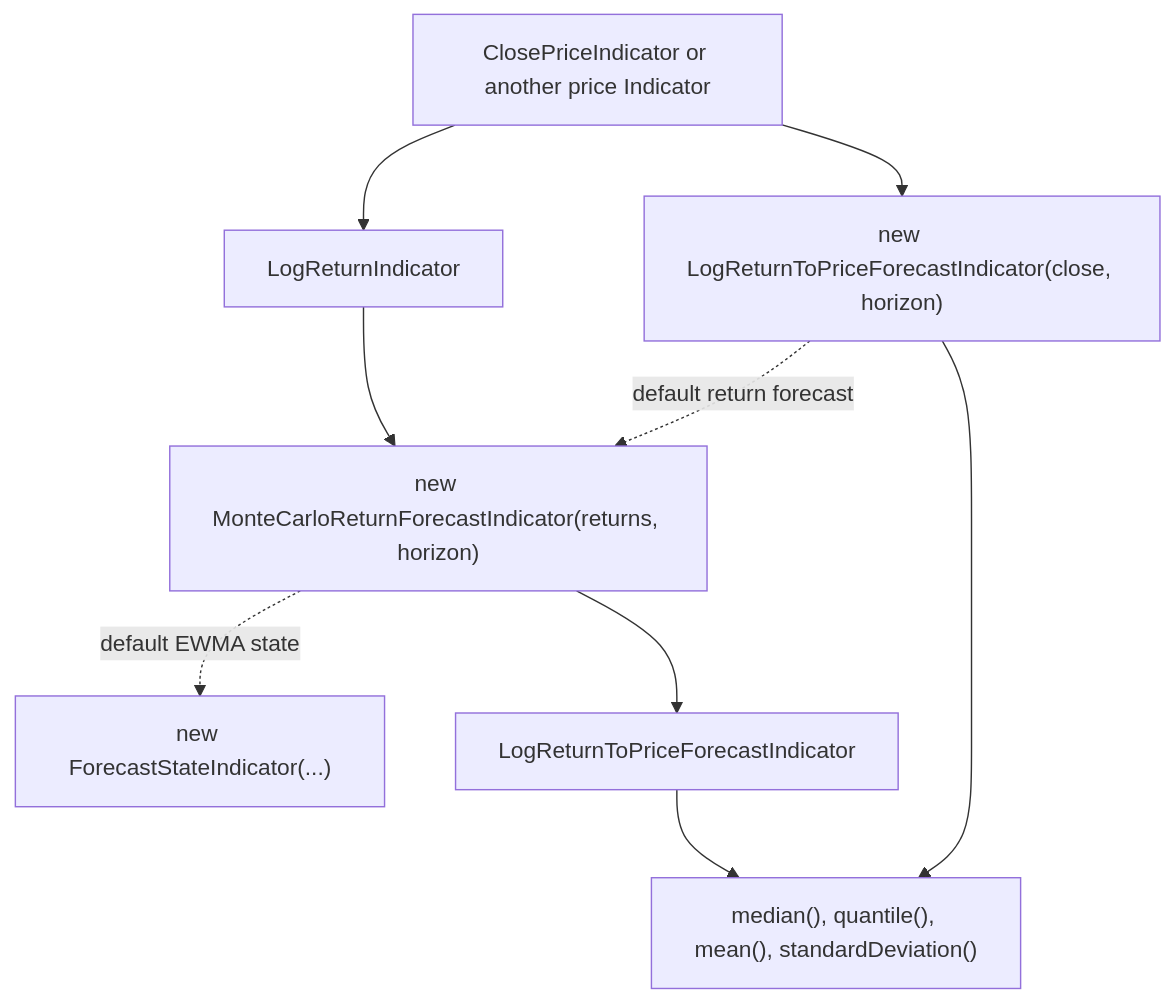
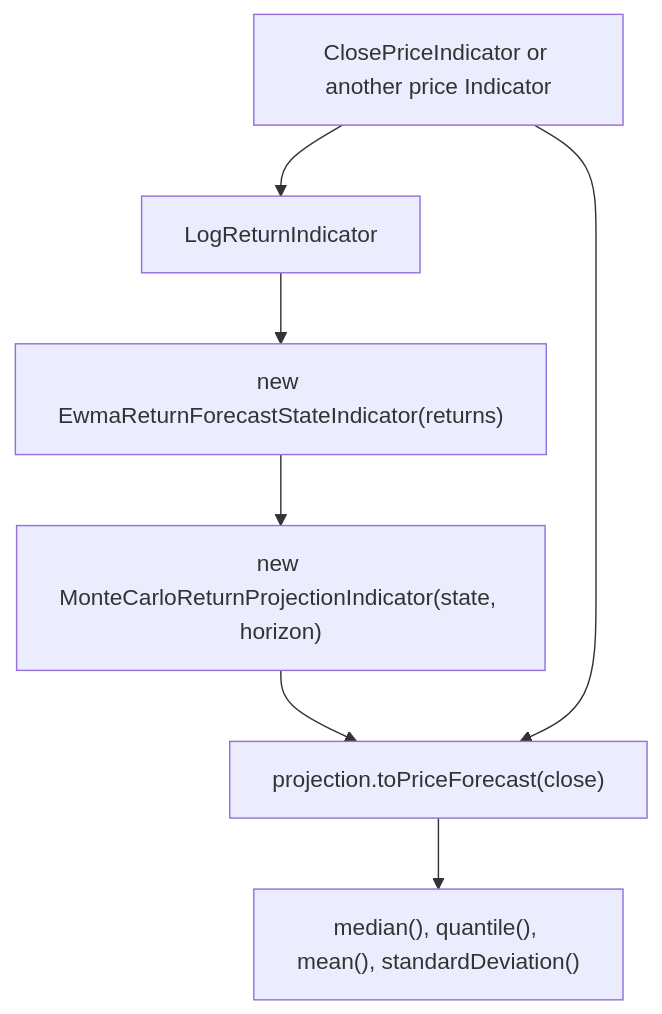
One commit to ta4j/ta4j-wiki changed the diagram in Forecast-Indicators.md. Above: the diagram before and after it, drawn with Mermaid. The commit also changed other lines of this file and 2 other files, not shown here.

Commit message:
CF-289 update forecast guide API

````diff
--- a/Forecast-Indicators.md
+++ b/Forecast-Indicators.md
@@ -84,11 +98,9 @@
 ```mermaid
 graph TD
     CP["ClosePriceIndicator or another price Indicator<Num>"] --> LR["LogReturnIndicator"]
-    LR --> MC["new MonteCarloReturnForecastIndicator(returns, horizon)"]
-    MC -. "default EWMA state" .-> STATE["new ForecastStateIndicator(...)"]
-    MC --> PRICE["LogReturnToPriceForecastIndicator"]
-    CP --> PRICE_SHORT["new LogReturnToPriceForecastIndicator(close, horizon)"]
-    PRICE_SHORT -. "default return forecast" .-> MC
+    LR --> STATE["new EwmaReturnForecastStateIndicator(returns)"]
+    STATE --> MC["new MonteCarloReturnProjectionIndicator(state, horizon)"]
+    MC --> PRICE["projection.toPriceForecast(close)"]
+    CP --> PRICE
     PRICE --> PROJECT["median(), quantile(), mean(), standardDeviation()"]
-    PRICE_SHORT --> PROJECT
 ```
````
